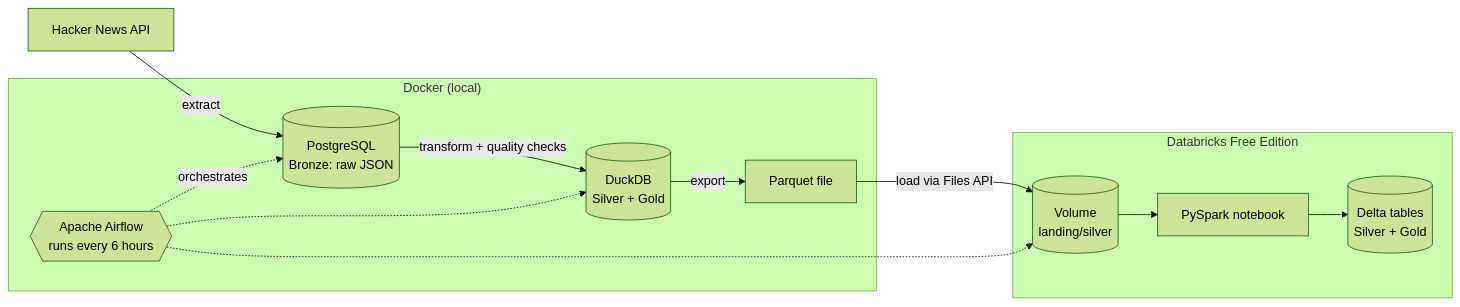
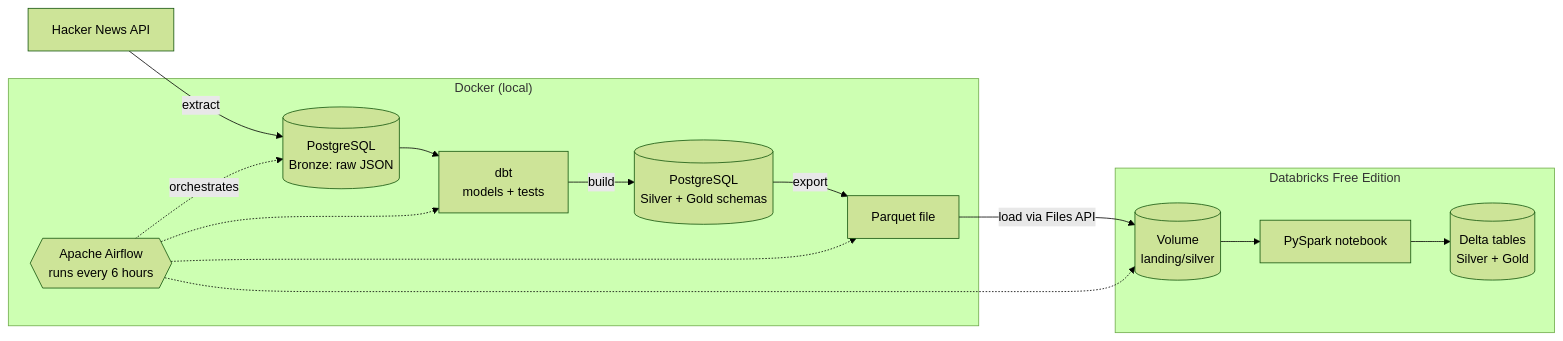
One commit to LakasNg10Kamay/Hacker_News_pipeline changed the diagram in README.md. Above: the diagram before and after it, drawn with Mermaid (forest theme). The commit also changed other lines of this file and 19 other files, not shown here.

Commit message:
Replace DuckDB with dbt on PostgreSQL; add dbt lineage

````diff
--- a/README.md
+++ b/README.md
@@ -21,27 +21,29 @@
 ```mermaid
 flowchart LR
     API["Hacker News API"]
 
     subgraph local["Docker (local)"]
         AF{{"Apache Airflow<br/>runs every 6 hours"}}
-        PG[("PostgreSQL<br/>Bronze: raw JSON")]
-        DD[("DuckDB<br/>Silver + Gold")]
+        BR[("PostgreSQL<br/>Bronze: raw JSON")]
+        DBT["dbt<br/>models + tests"]
+        SG[("PostgreSQL<br/>Silver + Gold schemas")]
         PQ["Parquet file"]
     end
 
     subgraph cloud["Databricks Free Edition"]
         VOL[("Volume<br/>landing/silver")]
         SPK["PySpark notebook"]
         DELTA[("Delta tables<br/>Silver + Gold")]
     end
 
-    API -->|extract| PG
-    PG -->|transform + quality checks| DD
-    DD -->|export| PQ
+    API -->|extract| BR
+    BR --> DBT -->|build| SG
+    SG -->|export| PQ
     PQ -->|load via Files API| VOL
     VOL --> SPK --> DELTA
 
-    AF -.->|orchestrates| PG
-    AF -.-> DD
+    AF -.->|orchestrates| BR
+    AF -.-> DBT
+    AF -.-> PQ
     AF -.-> VOL
 ```
````
